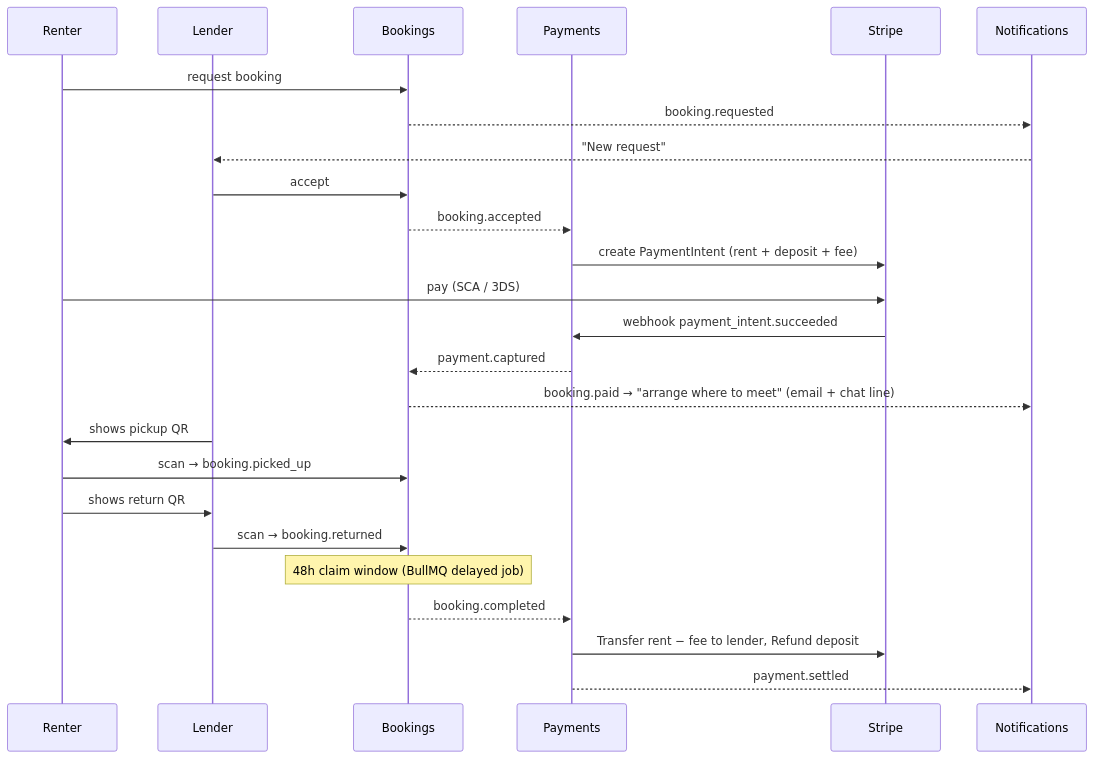
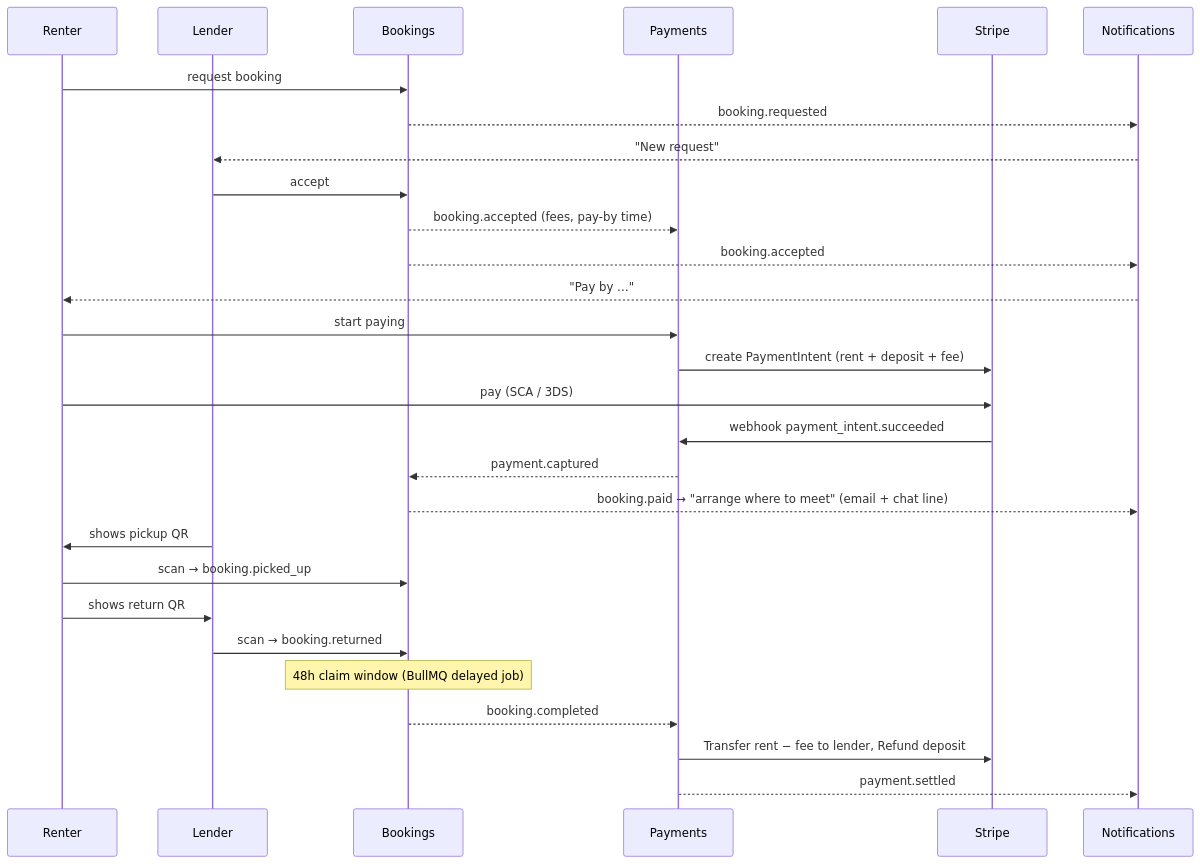
One commit to pavlmarg/BorrowBox changed the fourth of 4 diagrams in docs/ARCHITECTURE.md. Above: the diagram before and after it, drawn with Mermaid. The commit also changed other lines of this file and 4 other files, not shown here.

First line of the commit message:
docs: ADR-0020 booking fees; checkout in ADR-0019 and ARCHITECTURE

````diff
--- a/docs/ARCHITECTURE.md
+++ b/docs/ARCHITECTURE.md
@@ -259,28 +259,31 @@
 ```mermaid
 sequenceDiagram
     participant R as Renter
     participant L as Lender
     participant B as Bookings
     participant P as Payments
     participant S as Stripe
     participant N as Notifications
 
     R->>B: request booking
     B-->>N: booking.requested
     N-->>L: "New request"
     L->>B: accept
-    B-->>P: booking.accepted
+    B-->>P: booking.accepted (fees, pay-by time)
+    B-->>N: booking.accepted
+    N-->>R: "Pay by …"
+    R->>P: start paying
     P->>S: create PaymentIntent (rent + deposit + fee)
     R->>S: pay (SCA / 3DS)
     S->>P: webhook payment_intent.succeeded
     P-->>B: payment.captured
     B-->>N: booking.paid → "arrange where to meet" (email + chat line)
     L->>R: shows pickup QR
     R->>B: scan → booking.picked_up
     R->>L: shows return QR
     L->>B: scan → booking.returned
     Note over B: 48h claim window (BullMQ delayed job)
     B-->>P: booking.completed
     P->>S: Transfer rent − fee to lender, Refund deposit
     P-->>N: payment.settled
 ```
````
